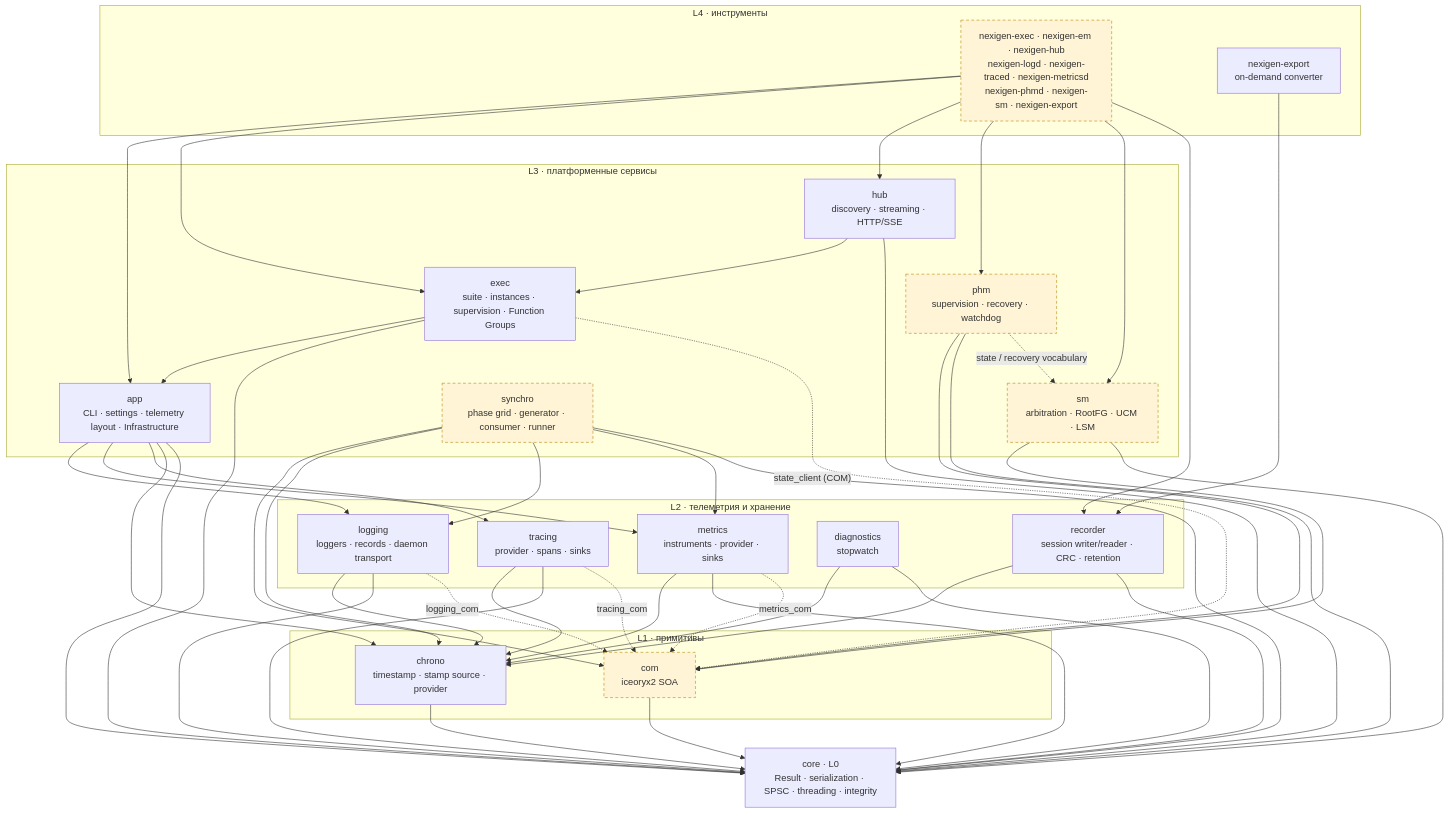
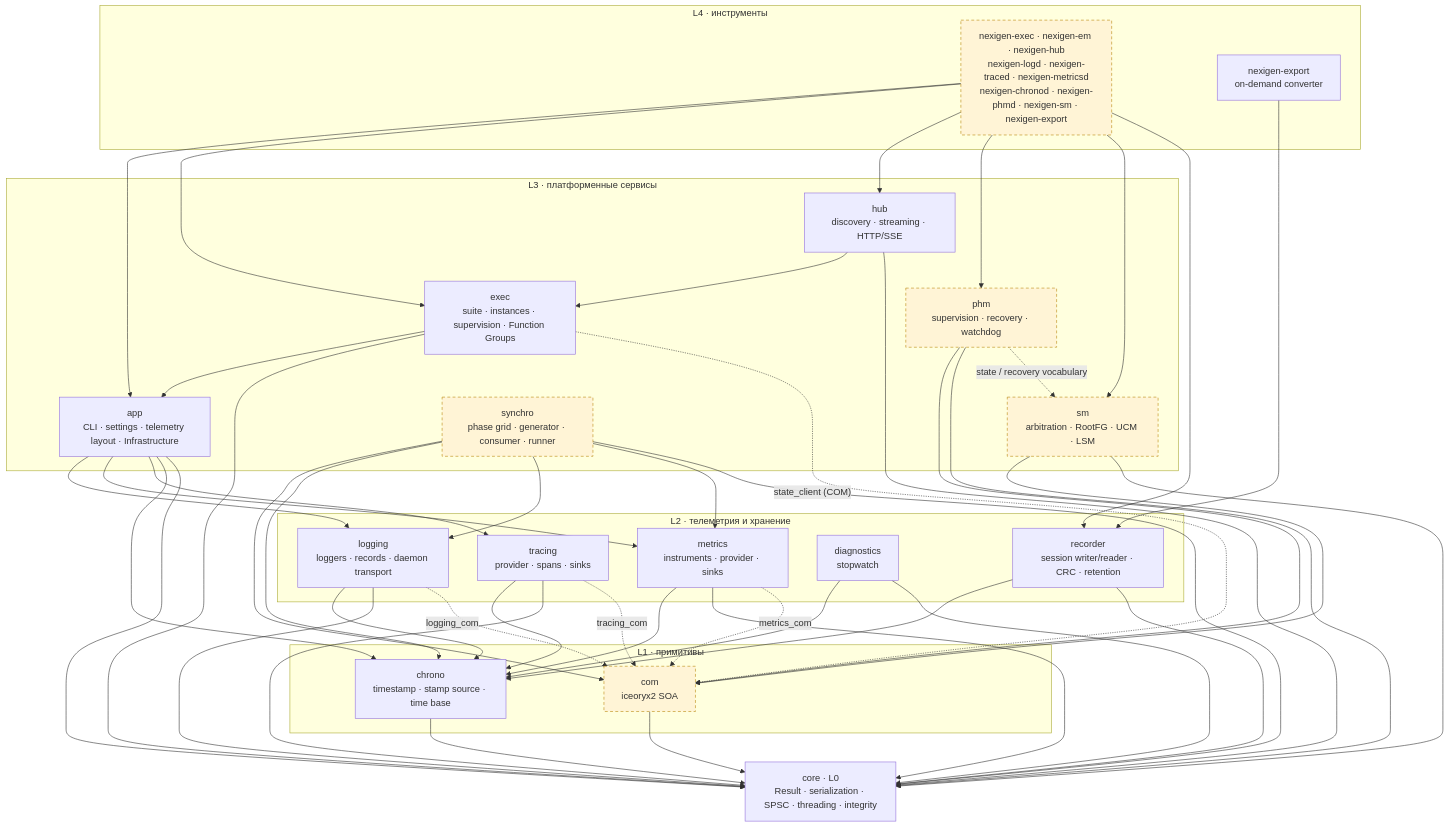
Before and after one commit to nexigen-tech/nexigen-cpp: the first of 10 diagrams in docs/architecture.md, drawn with Mermaid. The commit also changed other lines of this file and 186 other files, not shown here.

First line of the commit message:
feat(chrono): replace time-base contract with full ChronoService

````diff
--- a/docs/architecture.md
+++ b/docs/architecture.md
@@ -77,81 +77,81 @@
 ```mermaid
 flowchart TB
     subgraph L4["L4 · инструменты"]
-        TOOLS["nexigen-exec · nexigen-em · nexigen-hub<br/>nexigen-logd · nexigen-traced · nexigen-metricsd<br/>nexigen-phmd · nexigen-sm · nexigen-export"]
+        TOOLS["nexigen-exec · nexigen-em · nexigen-hub<br/>nexigen-logd · nexigen-traced · nexigen-metricsd<br/>nexigen-chronod · nexigen-phmd · nexigen-sm · nexigen-export"]
         EXP["nexigen-export<br/>on-demand converter"]
     end
 
     subgraph L3["L3 · платформенные сервисы"]
         APP["app<br/>CLI · settings · telemetry layout · Infrastructure"]
         EXEC["exec<br/>suite · instances · supervision · Function Groups"]
         HUB["hub<br/>discovery · streaming · HTTP/SSE"]
         PHM["phm<br/>supervision · recovery · watchdog"]
         SM["sm<br/>arbitration · RootFG · UCM · LSM"]
         SYN["synchro<br/>phase grid · generator · consumer · runner"]
     end
 
     subgraph L2["L2 · телеметрия и хранение"]
         LOG["logging<br/>loggers · records · daemon transport"]
         MET["metrics<br/>instruments · provider · sinks"]
         TRC["tracing<br/>provider · spans · sinks"]
         DIA["diagnostics<br/>stopwatch"]
         REC["recorder<br/>session writer/reader · CRC · retention"]
     end
 
     subgraph L1["L1 · примитивы"]
-        CHR["chrono<br/>timestamp · stamp source · provider"]
+        CHR["chrono<br/>timestamp · stamp source · time base"]
         COM["com<br/>iceoryx2 SOA"]
     end
 
     CORE["core · L0<br/>Result · serialization · SPSC · threading · integrity"]
 
     TOOLS --> APP
     TOOLS --> EXEC
     TOOLS --> HUB
     TOOLS --> PHM
     TOOLS --> SM
     TOOLS --> REC
     EXP --> REC
 
     APP --> LOG
     APP --> MET
     APP --> TRC
     APP --> CHR
     EXEC --> APP
     HUB --> EXEC
     PHM --> COM
     SM --> COM
     SYN --> COM
     SYN --> CHR
     SYN --> LOG
     SYN --> MET
 
     LOG --> CHR
     MET --> CHR
     TRC --> CHR
     DIA --> CHR
     REC --> CHR
 
     APP --> CORE
     EXEC --> CORE
     HUB --> CORE
     PHM --> CORE
     SM --> CORE
     SYN --> CORE
     CHR --> CORE
     COM --> CORE
     LOG --> CORE
     MET --> CORE
     TRC --> CORE
     DIA --> CORE
     REC --> CORE
 
     LOG -.->|"logging_com"| COM
     MET -.->|"metrics_com"| COM
     TRC -.->|"tracing_com"| COM
     EXEC -.->|"state_client (COM)"| COM
     PHM -.->|"state / recovery vocabulary"| SM
 
     classDef optional fill:#fff4d6,stroke:#b8860b,stroke-dasharray: 5 4,color:#333
     class COM,PHM,SM,SYN,TOOLS optional
 ```
````
